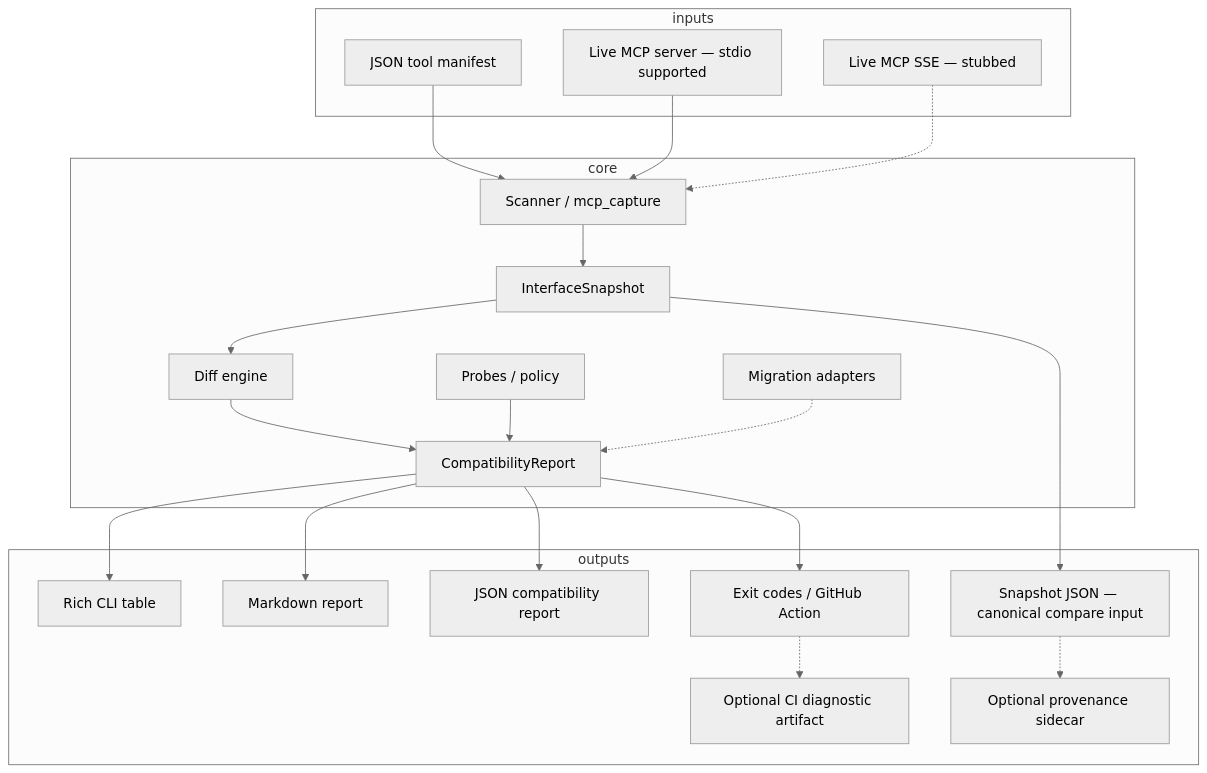
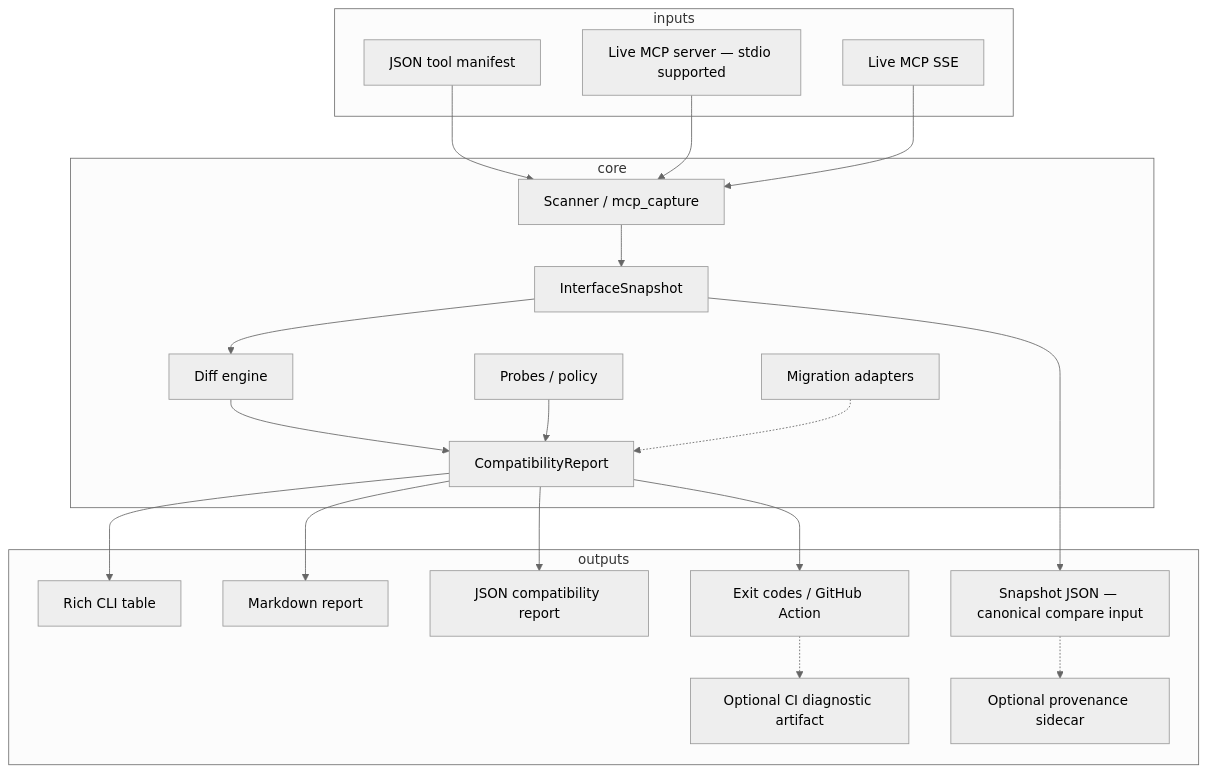
Before and after one commit to askmy-stack/tool-semantics: the diagram in docs/architecture.md, drawn with Mermaid (neutral theme). The commit also changed other lines of this file and 17 other files, not shown here.

````diff
--- a/docs/architecture.md
+++ b/docs/architecture.md
@@ -7,40 +7,40 @@
 ```mermaid
 flowchart TB
   subgraph inputs
     M[JSON tool manifest]
     L[Live MCP server — stdio supported]
-    SSE[Live MCP SSE — stubbed]
+    SSE[Live MCP SSE]
   end
   subgraph core
     S[Scanner / mcp_capture]
     N[InterfaceSnapshot]
     D[Diff engine]
     P[Probes / policy]
     A[Migration adapters]
     R[CompatibilityReport]
   end
   subgraph outputs
     CLI[Rich CLI table]
     MD[Markdown report]
     JSON[JSON compatibility report]
     SNAP[Snapshot JSON — canonical compare input]
     PROV[Optional provenance sidecar]
     CI[Exit codes / GitHub Action]
     ART[Optional CI diagnostic artifact]
   end
   M --> S
   L --> S
-  SSE -.-> S
+  SSE --> S
   S --> N
   N --> D
   D --> R
   P --> R
   A -.-> R
   R --> CLI
   R --> MD
   R --> JSON
   R --> CI
   N --> SNAP
   SNAP -.-> PROV
   CI -.-> ART
 ```
````
